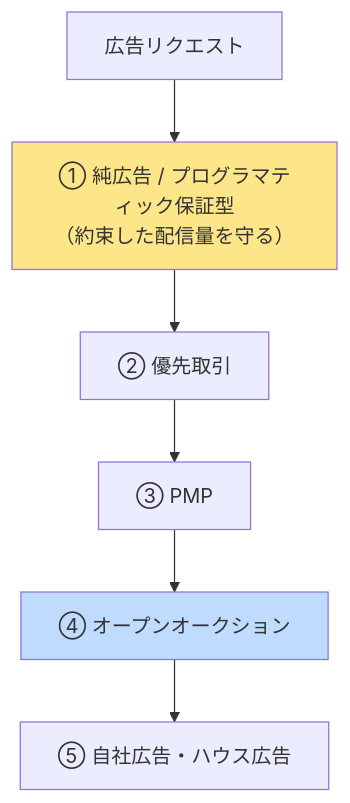
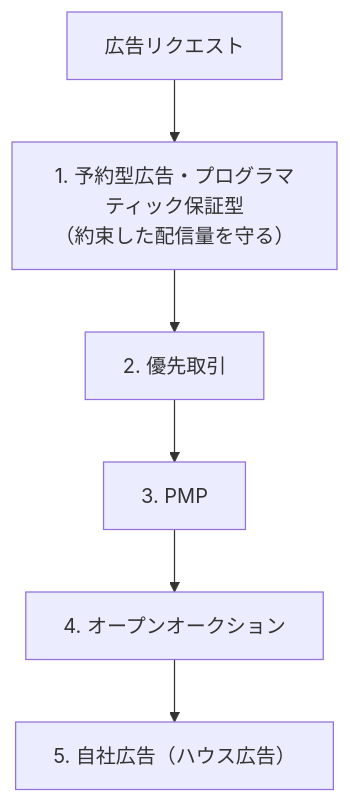
One commit to yasut0ra/rtb-study changed the third of 3 diagrams in docs/06-deals.md. Above: the diagram before and after it, drawn with Mermaid. The commit also changed other lines of this file and 36 other files, not shown here.

````diff
--- a/docs/06-deals.md
+++ b/docs/06-deals.md
@@ -86,10 +86,8 @@
 ```mermaid
 flowchart TB
-    R[広告リクエスト] --> L1["① 純広告 / プログラマティック保証型<br/>（約束した配信量を守る）"]
-    L1 --> L2["② 優先取引"]
-    L2 --> L3["③ PMP"]
-    L3 --> L4["④ オープンオークション"]
-    L4 --> L5["⑤ 自社広告・ハウス広告"]
-    style L1 fill:#fde68a
-    style L4 fill:#bfdbfe
+    R[広告リクエスト] --> L1["1. 予約型広告・プログラマティック保証型<br/>（約束した配信量を守る）"]
+    L1 --> L2["2. 優先取引"]
+    L2 --> L3["3. PMP"]
+    L3 --> L4["4. オープンオークション"]
+    L4 --> L5["5. 自社広告（ハウス広告）"]
 ```
````
